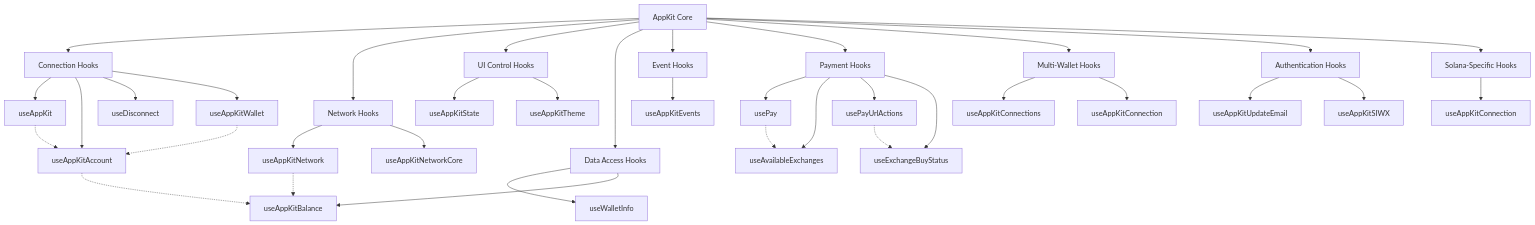
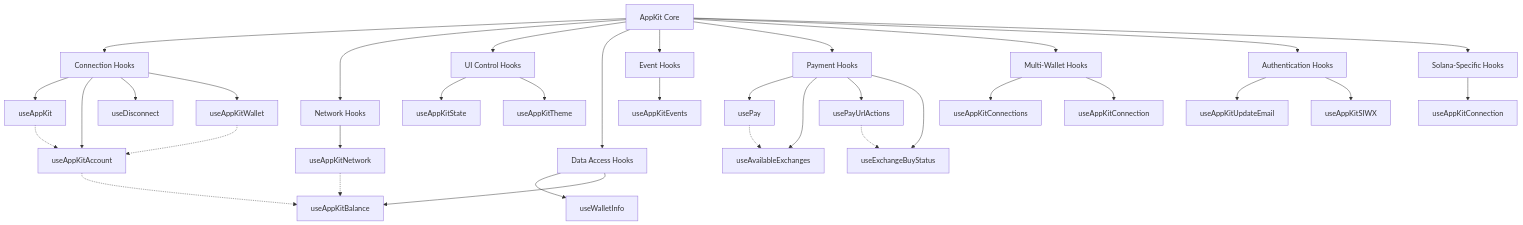
One commit to reown-com/reown-docs changed the diagram in appkit/next/core/hooks.mdx. Above: the diagram before and after it, drawn with Mermaid. The commit also changed other lines of this file and 1 other file, not shown here.

First line of the commit message:
fix: remove useAppKitNetworkCore documentation (internal-only hook)

````diff
--- a/appkit/next/core/hooks.mdx
+++ b/appkit/next/core/hooks.mdx
@@ -30,48 +30,47 @@
 ```mermaid
 graph TD
   AppKit[AppKit Core] --> ConnHooks[Connection Hooks]
   AppKit --> NetworkHooks[Network Hooks]
   AppKit --> UIHooks[UI Control Hooks]
   AppKit --> DataHooks[Data Access Hooks]
   AppKit --> EventHooks[Event Hooks]
   AppKit --> PaymentHooks[Payment Hooks]
   AppKit --> MultiWalletHooks[Multi-Wallet Hooks]
   AppKit --> AuthHooks[Authentication Hooks]
   AppKit --> SolanaHooks[Solana-Specific Hooks]
   
   ConnHooks --> useAppKit
   ConnHooks --> useAppKitAccount
   ConnHooks --> useDisconnect
   ConnHooks --> useAppKitWallet
   
   NetworkHooks --> useAppKitNetwork
-  NetworkHooks --> useAppKitNetworkCore
   
   UIHooks --> useAppKitState
   UIHooks --> useAppKitTheme
   
   DataHooks --> useWalletInfo
   DataHooks --> useAppKitBalance
   
   EventHooks --> useAppKitEvents
   
   PaymentHooks --> usePay
   PaymentHooks --> useAvailableExchanges
   PaymentHooks --> usePayUrlActions
   PaymentHooks --> useExchangeBuyStatus
   
   MultiWalletHooks --> useAppKitConnections
   MultiWalletHooks --> useAppKitConnection
   
   AuthHooks --> useAppKitUpdateEmail
   AuthHooks --> useAppKitSIWX
   
   SolanaHooks --> useAppKitConnectionSolana[useAppKitConnection]
   
   useAppKit -.-> useAppKitAccount
   useAppKitAccount -.-> useAppKitBalance
   useAppKitNetwork -.-> useAppKitBalance
   useAppKitWallet -.-> useAppKitAccount
   usePay -.-> useAvailableExchanges
   usePayUrlActions -.-> useExchangeBuyStatus
 ```
````
